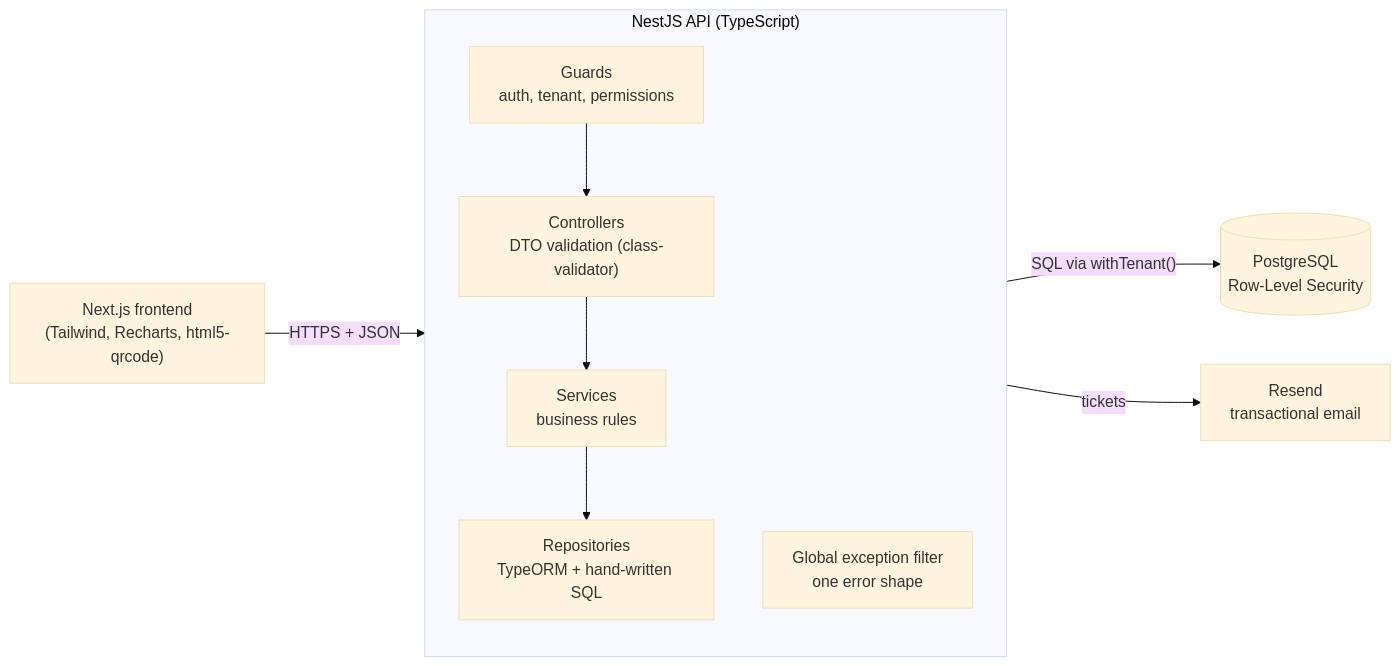
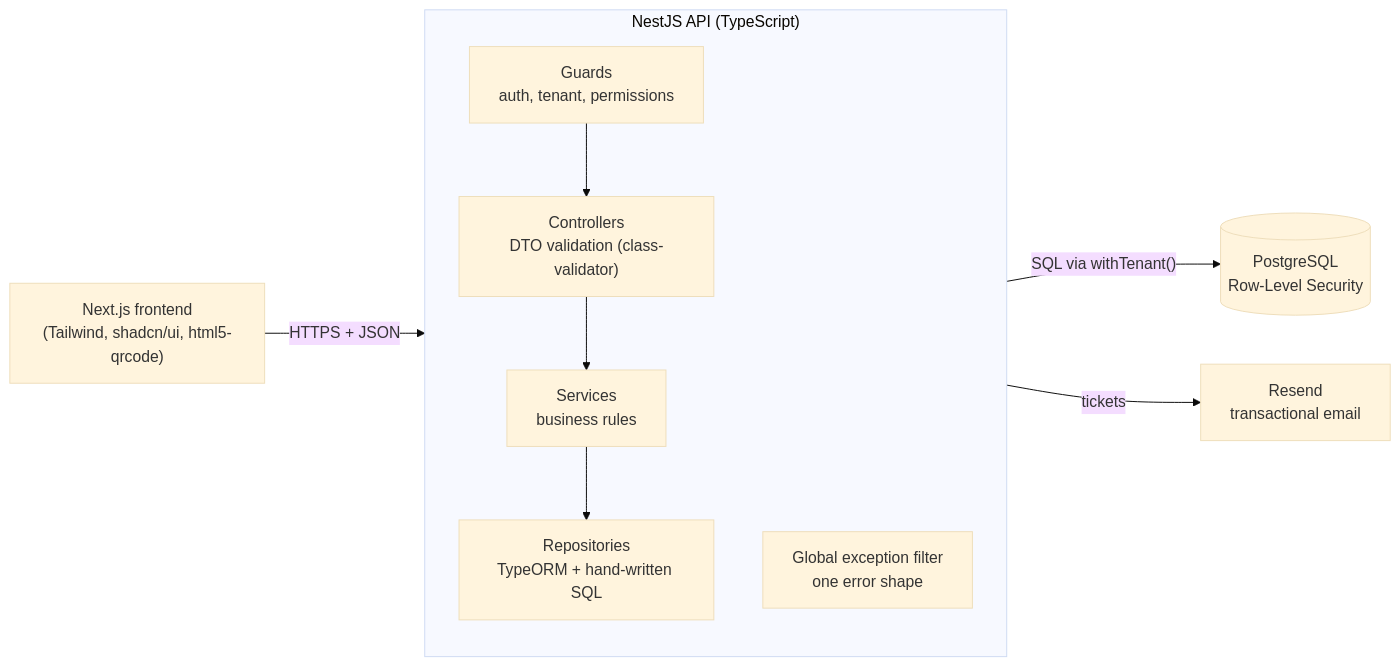
One commit to MrPrince998/muster changed the first of 2 diagrams in readme.md. Above: the diagram before and after it, drawn with Mermaid (base theme). The commit also changed other lines of this file, not shown here.

````diff
--- a/readme.md
+++ b/readme.md
@@ -79,13 +83,13 @@
 ```mermaid
 flowchart LR
-  Browser["Next.js frontend<br/>(Tailwind, Recharts, html5-qrcode)"] -- "HTTPS + JSON" --> API
+  Browser["Next.js frontend<br/>(Tailwind, shadcn/ui, html5-qrcode)"] -- "HTTPS + JSON" --> API
   subgraph API["NestJS API (TypeScript)"]
     direction TB
     G["Guards<br/>auth, tenant, permissions"] --> C["Controllers<br/>DTO validation (class-validator)"]
     C --> S["Services<br/>business rules"]
     S --> Repo["Repositories<br/>TypeORM + hand-written SQL"]
     F["Global exception filter<br/>one error shape"]
   end
   Repo -- "SQL via withTenant()" --> DB[("PostgreSQL<br/>Row-Level Security")]
   S -- "tickets" --> Resend["Resend<br/>transactional email"]
 ```
````
